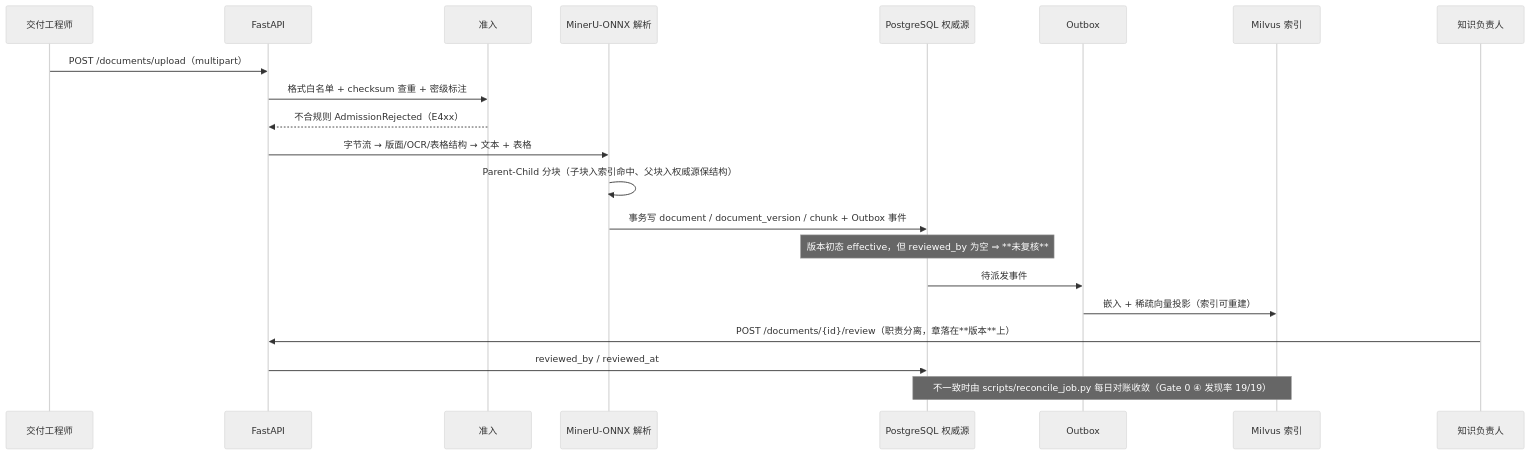
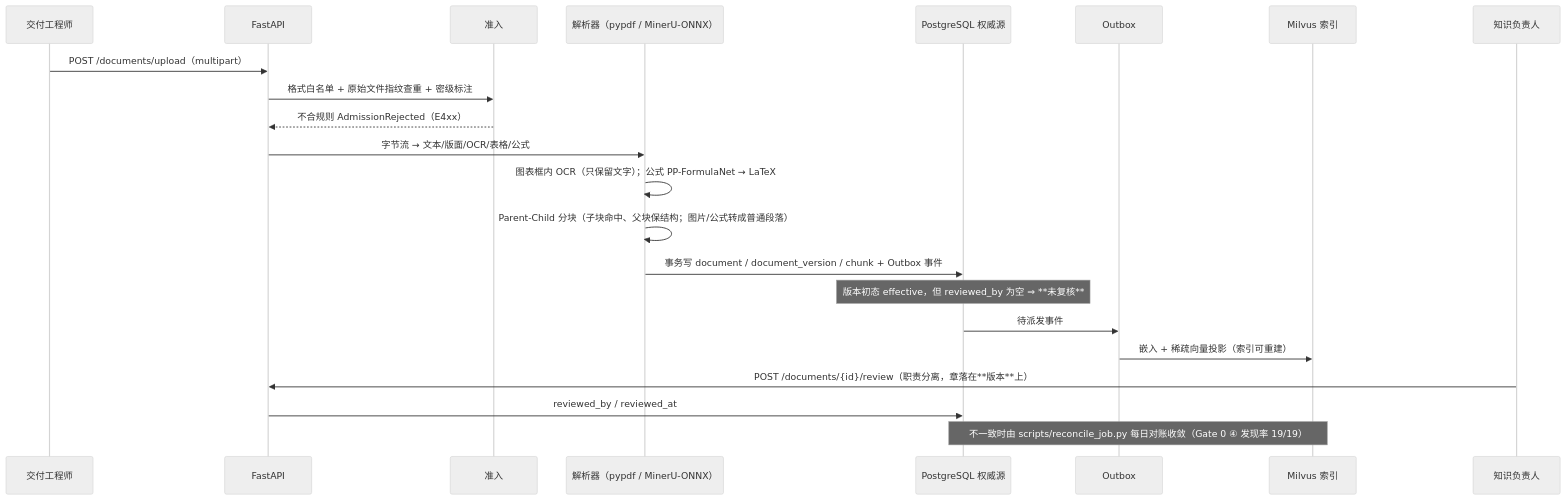
Before and after one commit to young0617-02/know-effect-engine: the third of 4 diagrams in Material/架构图文档.md, drawn with Mermaid (neutral theme). The commit also changed other lines of this file and 22 other files, not shown here.

First line of the commit message:
refactor(ingest): 移除 VLM，图片/图表回归本地 MinerU OCR

````diff
--- a/Material/架构图文档.md
+++ b/Material/架构图文档.md
@@ -146,24 +148,25 @@
 ```mermaid
 sequenceDiagram
   participant U as 交付工程师
   participant A as FastAPI
   participant AD as 准入
-  participant P as MinerU-ONNX 解析
+  participant P as 解析器（pypdf / MinerU-ONNX）
   participant PG as PostgreSQL 权威源
   participant OB as Outbox
   participant MV as Milvus 索引
   participant K as 知识负责人
 
   U->>A: POST /documents/upload（multipart）
-  A->>AD: 格式白名单 + checksum 查重 + 密级标注
+  A->>AD: 格式白名单 + 原始文件指纹查重 + 密级标注
   AD-->>A: 不合规则 AdmissionRejected（E4xx）
-  A->>P: 字节流 → 版面/OCR/表格结构 → 文本 + 表格
-  P->>P: Parent-Child 分块（子块入索引命中、父块入权威源保结构）
+  A->>P: 字节流 → 文本/版面/OCR/表格/公式
+  P->>P: 图表框内 OCR（只保留文字）；公式 PP-FormulaNet → LaTeX
+  P->>P: Parent-Child 分块（子块命中、父块保结构；图片/公式转成普通段落）
   P->>PG: 事务写 document / document_version / chunk + Outbox 事件
   Note over PG: 版本初态 effective，但 reviewed_by 为空 ⇒ **未复核**
   PG->>OB: 待派发事件
   OB->>MV: 嵌入 + 稀疏向量投影（索引可重建）
   K->>A: POST /documents/{id}/review（职责分离，章落在**版本**上）
   A->>PG: reviewed_by / reviewed_at
   Note over MV,PG: 不一致时由 scripts/reconcile_job.py 每日对账收敛（Gate 0 ④ 发现率 19/19）
 ```
````
